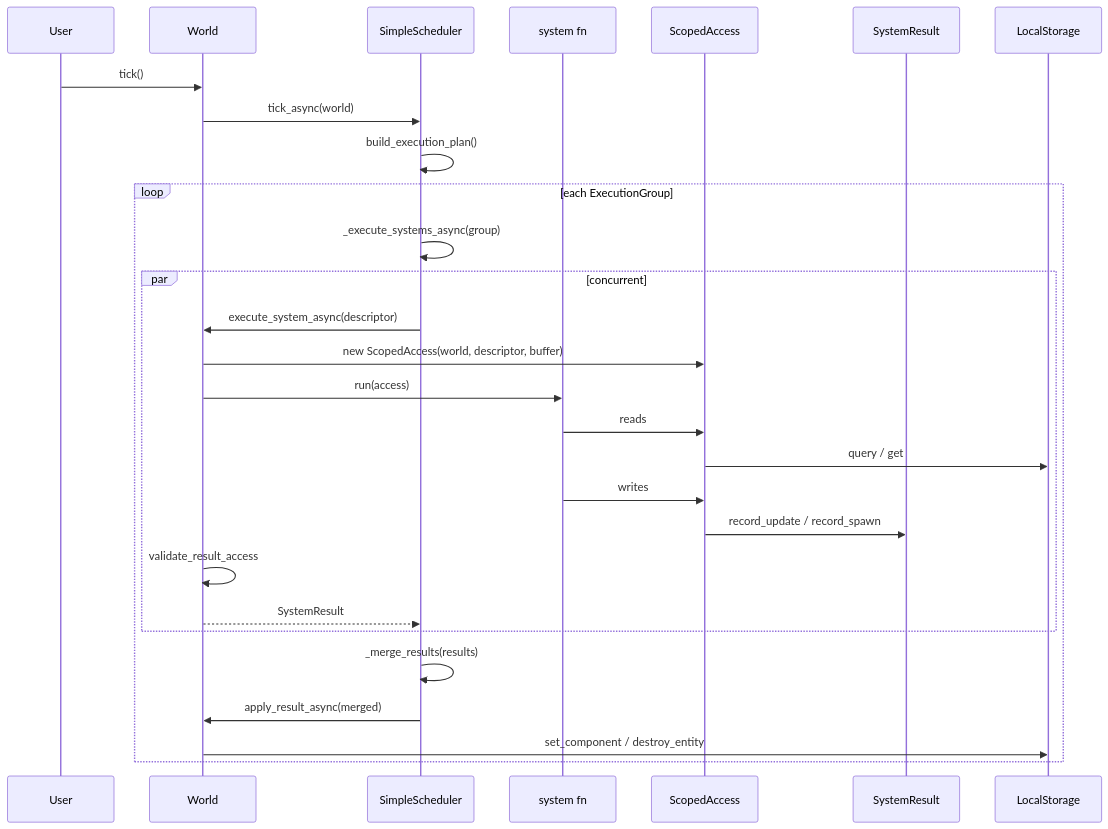
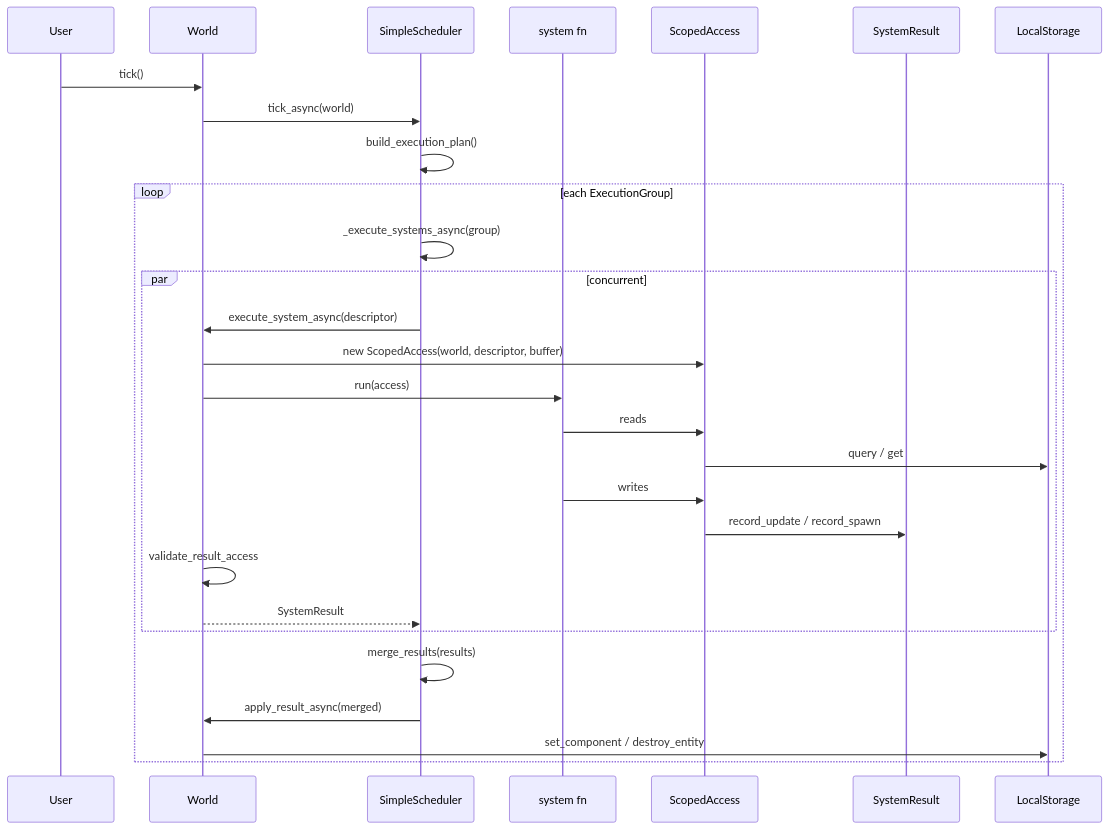
The diagram in docs/architecture/call-stacks.md (extensivelabs/agentecs), drawn with Mermaid before and after one commit. The commit also changed other lines of this file and 108 other files, not shown here.

````diff
--- a/docs/architecture/call-stacks.md
+++ b/docs/architecture/call-stacks.md
@@ -19,31 +19,31 @@
 ```mermaid
 sequenceDiagram
     participant U as User
     participant W as World
     participant S as SimpleScheduler
     participant Sys as system fn
     participant SA as ScopedAccess
     participant R as SystemResult
     participant ST as LocalStorage
 
     U->>W: tick()
     W->>S: tick_async(world)
     S->>S: build_execution_plan()
     loop each ExecutionGroup
         S->>S: _execute_systems_async(group)
         par concurrent
             S->>W: execute_system_async(descriptor)
             W->>SA: new ScopedAccess(world, descriptor, buffer)
             W->>Sys: run(access)
             Sys->>SA: reads
             SA->>ST: query / get
             Sys->>SA: writes
             SA->>R: record_update / record_spawn
             W->>W: validate_result_access
             W-->>S: SystemResult
         end
-        S->>S: _merge_results(results)
+        S->>S: merge_results(results)
         S->>W: apply_result_async(merged)
         W->>ST: set_component / destroy_entity
     end
 ```
````
